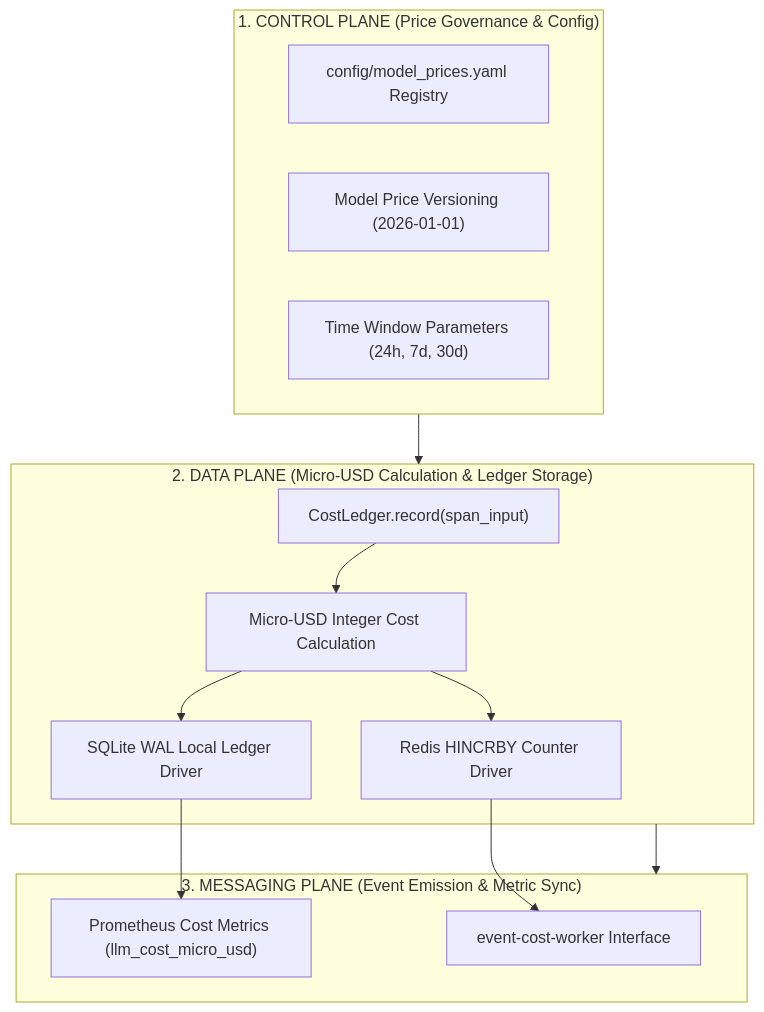
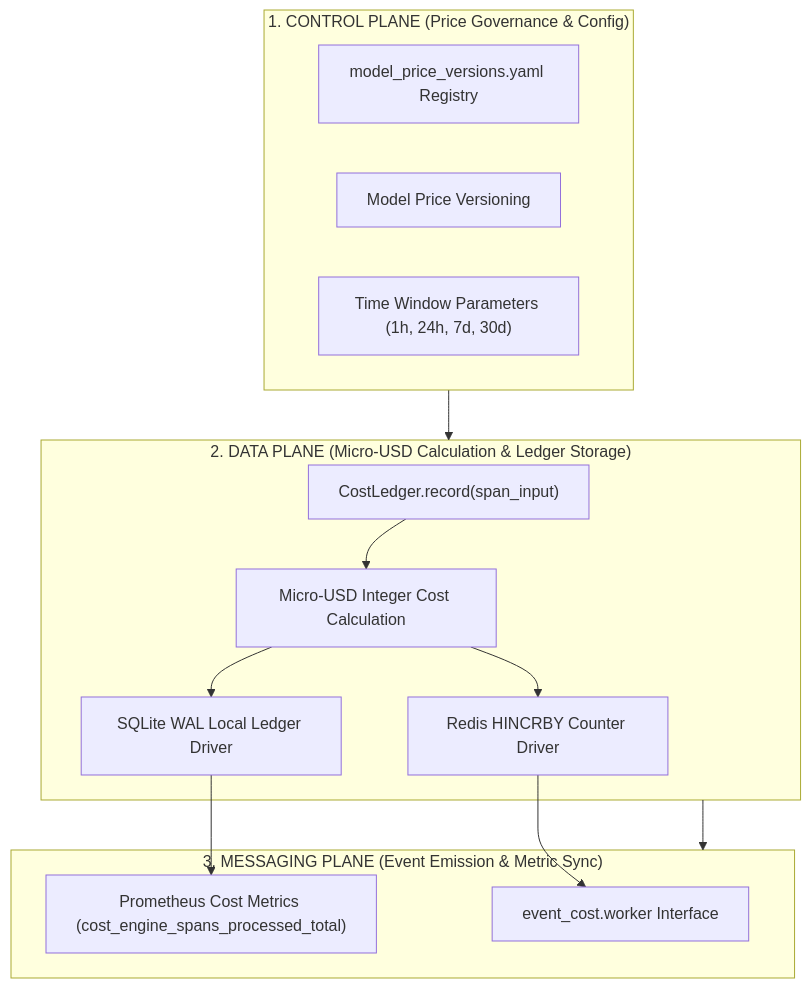
Before and after one commit to Chief-Strategist-J/llm-observability-platform: the second of 3 diagrams in packages/python/event-cost/adr/0001-micro-usd-cost-ledger-and-multi-backend-pricing-engine.md, drawn with Mermaid. The commit also changed other lines of this file and 86 other files, not shown here.

Commit message:
feat(event-cost): merge event-cost-worker into event-cost package and align with package-structure.md

````diff
--- a/packages/python/event-cost/adr/0001-micro-usd-cost-ledger-and-multi-backend-pricing-engine.md
+++ b/packages/python/event-cost/adr/0001-micro-usd-cost-ledger-and-multi-backend-pricing-engine.md
@@ -59,30 +60,30 @@
 ```mermaid
 flowchart TD
     subgraph ControlPlane["1. CONTROL PLANE (Price Governance & Config)"]
-        YamlPrices["config/model_prices.yaml Registry"]
-        VersionLookup["Model Price Versioning (2026-01-01)"]
-        WindowConfig["Time Window Parameters (24h, 7d, 30d)"]
+        YamlPrices["model_price_versions.yaml Registry"]
+        VersionLookup["Model Price Versioning"]
+        WindowConfig["Time Window Parameters (1h, 24h, 7d, 30d)"]
     end
 
     subgraph DataPlane["2. DATA PLANE (Micro-USD Calculation & Ledger Storage)"]
         LedgerFacade["CostLedger.record(span_input)"]
         IntegerCalc["Micro-USD Integer Cost Calculation"]
         SQLiteDriver["SQLite WAL Local Ledger Driver"]
         RedisDriver["Redis HINCRBY Counter Driver"]
 
         LedgerFacade --> IntegerCalc
         IntegerCalc --> SQLiteDriver
         IntegerCalc --> RedisDriver
     end
 
     subgraph MessagingPlane["3. MESSAGING PLANE (Event Emission & Metric Sync)"]
-        WorkerBridge["event-cost-worker Interface"]
-        PrometheusExport["Prometheus Cost Metrics (llm_cost_micro_usd)"]
+        WorkerBridge["event_cost.worker Interface"]
+        PrometheusExport["Prometheus Cost Metrics (cost_engine_spans_processed_total)"]
 
         RedisDriver --> WorkerBridge
         SQLiteDriver --> PrometheusExport
     end
 
     ControlPlane --> DataPlane
     DataPlane --> MessagingPlane
 ```
````
